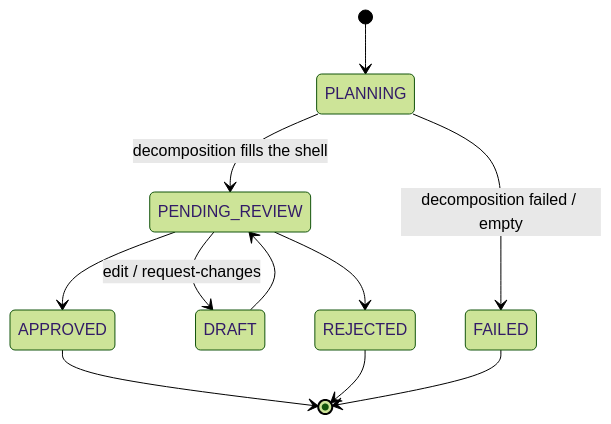
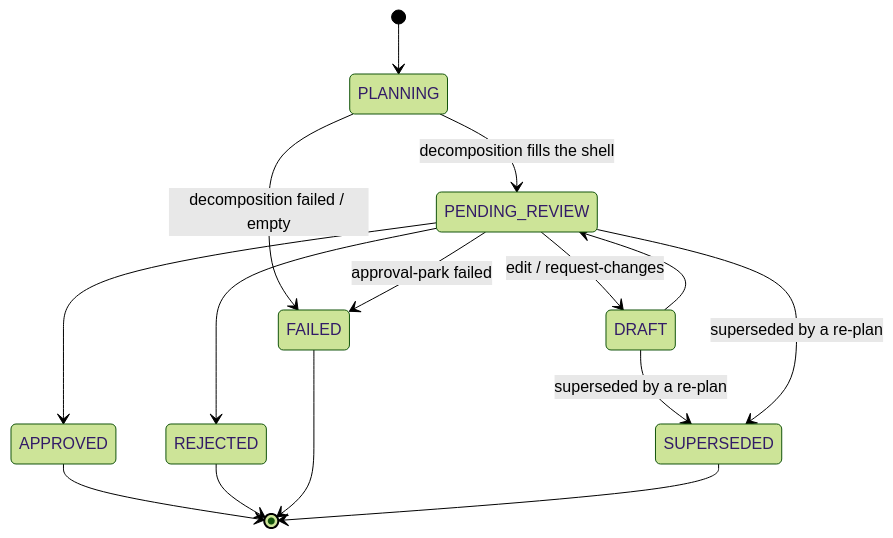
One commit to Aureliolo/synthorg changed the diagram in docs/design/plan-review.md. Above: the diagram before and after it, drawn with Mermaid (forest theme). The commit also changed other lines of this file and 27 other files, not shown here.

````diff
--- a/docs/design/plan-review.md
+++ b/docs/design/plan-review.md
@@ -74,13 +74,17 @@
 ```mermaid
 stateDiagram-v2
     [*] --> PLANNING
     PLANNING --> PENDING_REVIEW: decomposition fills the shell
     PLANNING --> FAILED: decomposition failed / empty
     DRAFT --> PENDING_REVIEW
     PENDING_REVIEW --> APPROVED
     PENDING_REVIEW --> REJECTED
+    PENDING_REVIEW --> FAILED: approval-park failed
     PENDING_REVIEW --> DRAFT: edit / request-changes
+    DRAFT --> SUPERSEDED: superseded by a re-plan
+    PENDING_REVIEW --> SUPERSEDED: superseded by a re-plan
     APPROVED --> [*]
     REJECTED --> [*]
     FAILED --> [*]
+    SUPERSEDED --> [*]
 ```
````
